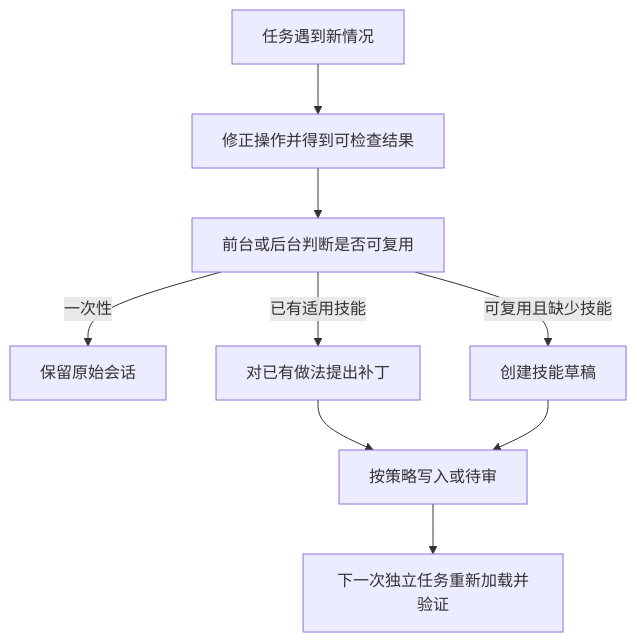
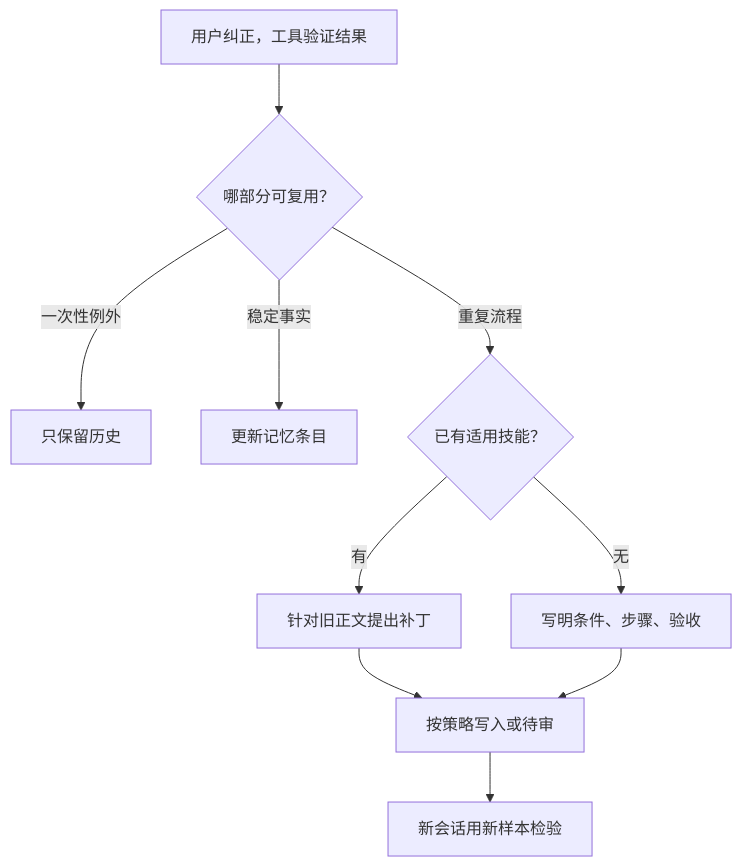
The second of 2 diagrams in 02-flagship-agents-teardown/02-hermes-agent.md (echonoshy/agent-engineering-handbook), drawn with Mermaid before and after one commit. The commit also changed other lines of this file and 21 other files, not shown here.

````diff
--- a/02-flagship-agents-teardown/02-hermes-agent.md
+++ b/02-flagship-agents-teardown/02-hermes-agent.md
@@ -81,11 +85,12 @@
 ```mermaid
 flowchart TB
-    A["任务遇到新情况"] --> B["修正操作并得到可检查结果"]
-    B --> C["前台或后台判断是否可复用"]
-    C -->|"一次性"| N["保留原始会话"]
-    C -->|"已有适用技能"| P["对已有做法提出补丁"]
-    C -->|"可复用且缺少技能"| S["创建技能草稿"]
-    P --> V["按策略写入或待审"]
-    S --> V
-    V --> F["下一次独立任务重新加载并验证"]
+    A["用户纠正，工具验证结果"] --> B{"哪部分可复用？"}
+    B -->|"一次性例外"| C["只保留历史"]
+    B -->|"稳定事实"| D["更新记忆条目"]
+    B -->|"重复流程"| E{"已有适用技能？"}
+    E -->|"有"| F["针对旧正文提出补丁"]
+    E -->|"无"| G["写明条件、步骤、验收"]
+    F --> H["按策略写入或待审"]
+    G --> H
+    H --> I["新会话用新样本检验"]
 ```
````
